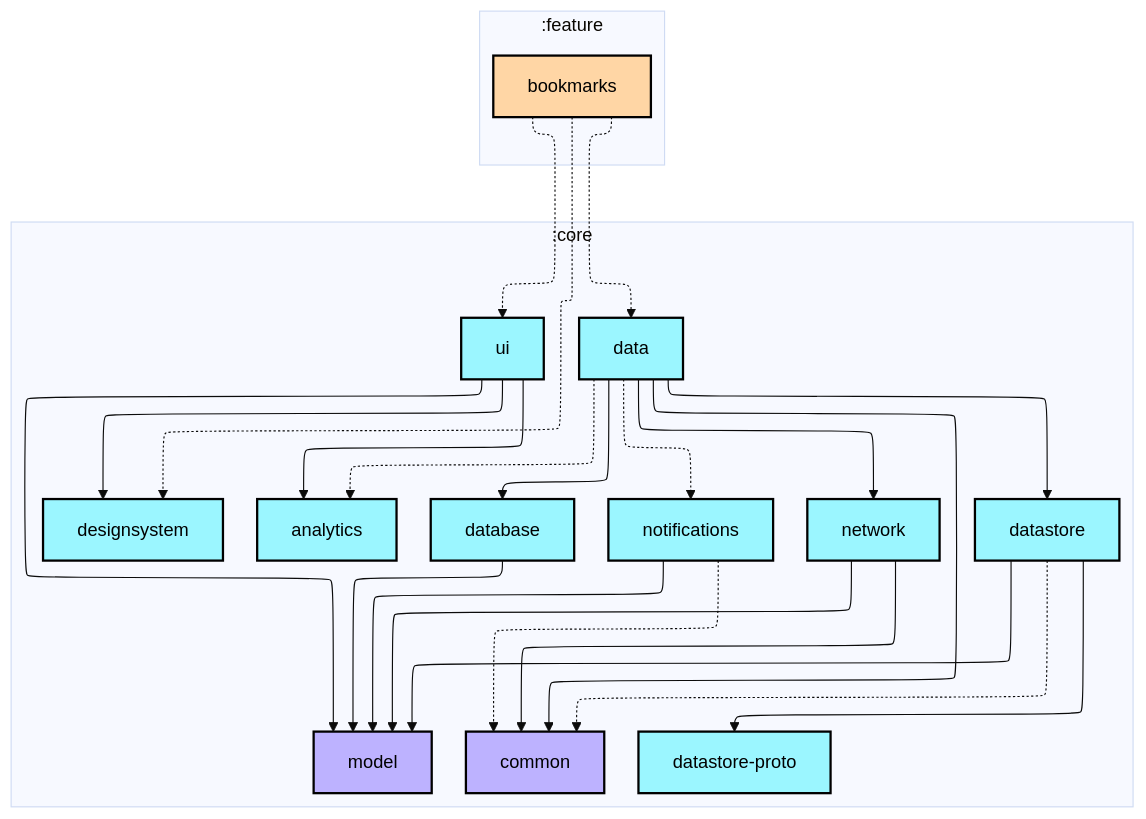
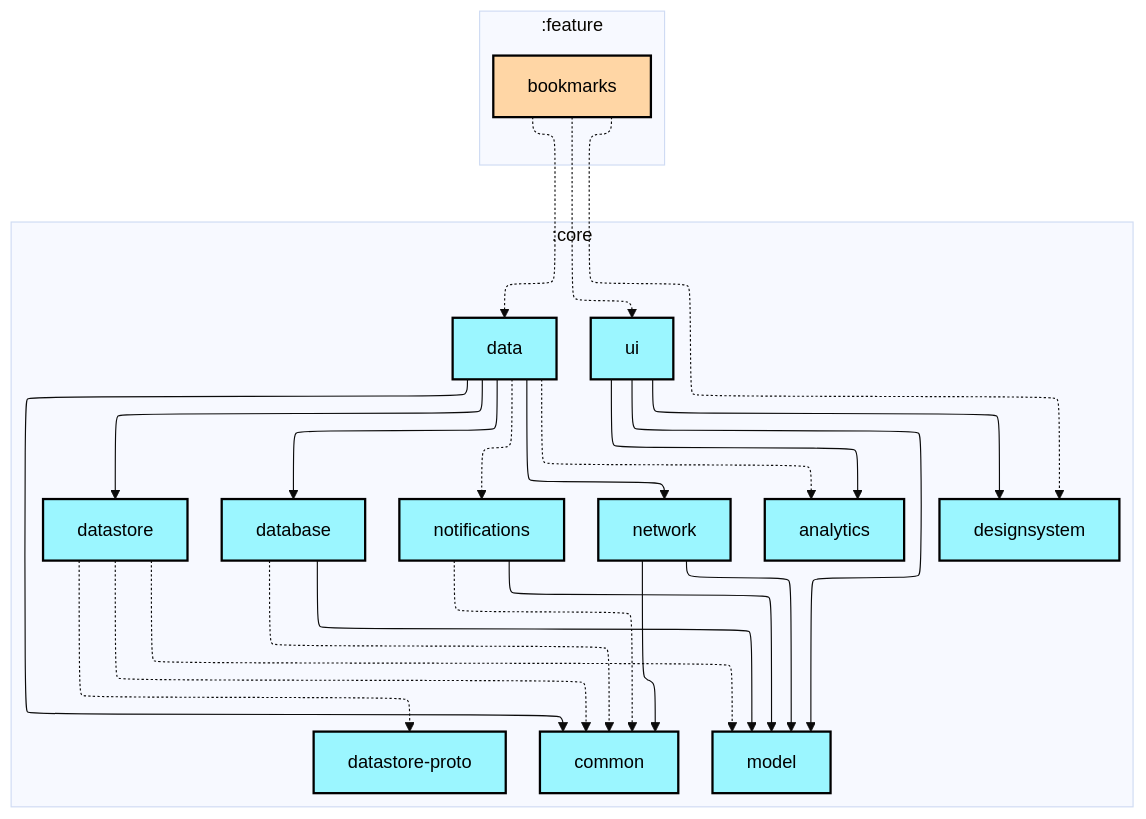
The first of 2 diagrams in feature/bookmarks/README.md (lihenggui/nowinkmp), drawn with Mermaid (base theme) before and after one commit. The commit also changed other lines of this file and 29 other files, not shown here.

First line of the commit message:
Fix graphUpdate configuration cache compatibility

````diff
--- a/feature/bookmarks/README.md
+++ b/feature/bookmarks/README.md
@@ -6,55 +6,56 @@
 ```mermaid
 ---
 config:
   layout: elk
   elk:
     nodePlacementStrategy: SIMPLE
 ---
 graph TB
+  subgraph :feature
+    direction TB
+    :feature:bookmarks[bookmarks]:::cmp-feature
+  end
   subgraph :core
     direction TB
-    :core:analytics[analytics]:::android-library
-    :core:common[common]:::jvm-library
-    :core:data[data]:::android-library
-    :core:database[database]:::android-library
-    :core:datastore[datastore]:::android-library
-    :core:datastore-proto[datastore-proto]:::android-library
-    :core:designsystem[designsystem]:::android-library
-    :core:model[model]:::jvm-library
-    :core:network[network]:::android-library
-    :core:notifications[notifications]:::android-library
-    :core:ui[ui]:::android-library
-  end
-  subgraph :feature
-    direction TB
-    :feature:bookmarks[bookmarks]:::android-feature
+    :core:analytics[analytics]:::kmp-library
+    :core:common[common]:::kmp-library
+    :core:data[data]:::kmp-library
+    :core:database[database]:::kmp-library
+    :core:datastore[datastore]:::kmp-library
+    :core:datastore-proto[datastore-proto]:::kmp-library
+    :core:designsystem[designsystem]:::kmp-library
+    :core:model[model]:::kmp-library
+    :core:network[network]:::kmp-library
+    :core:notifications[notifications]:::kmp-library
+    :core:ui[ui]:::kmp-library
   end
 
   :core:data -.-> :core:analytics
   :core:data --> :core:common
   :core:data --> :core:database
   :core:data --> :core:datastore
   :core:data --> :core:network
   :core:data -.-> :core:notifications
+  :core:database -.-> :core:common
   :core:database --> :core:model
   :core:datastore -.-> :core:common
-  :core:datastore --> :core:datastore-proto
-  :core:datastore --> :core:model
+  :core:datastore -.-> :core:datastore-proto
+  :core:datastore -.-> :core:model
   :core:network --> :core:common
   :core:network --> :core:model
   :core:notifications -.-> :core:common
   :core:notifications --> :core:model
   :core:ui --> :core:analytics
   :core:ui --> :core:designsystem
   :core:ui --> :core:model
   :feature:bookmarks -.-> :core:data
   :feature:bookmarks -.-> :core:designsystem
   :feature:bookmarks -.-> :core:ui
 
-classDef android-application fill:#CAFFBF,stroke:#000,stroke-width:2px,color:#000;
-classDef android-feature fill:#FFD6A5,stroke:#000,stroke-width:2px,color:#000;
-classDef android-library fill:#9BF6FF,stroke:#000,stroke-width:2px,color:#000;
+classDef cmp-application fill:#CAFFBF,stroke:#000,stroke-width:2px,color:#000;
+classDef cmp-feature fill:#FFD6A5,stroke:#000,stroke-width:2px,color:#000;
+classDef kmp-library fill:#9BF6FF,stroke:#000,stroke-width:2px,color:#000;
+classDef jvm-library fill:#BDB2FF,stroke:#000,stroke-width:2px,color:#000;
 classDef android-test fill:#A0C4FF,stroke:#000,stroke-width:2px,color:#000;
-classDef jvm-library fill:#BDB2FF,stroke:#000,stroke-width:2px,color:#000;
 classDef unknown fill:#FFADAD,stroke:#000,stroke-width:2px,color:#000;
 ```
````
